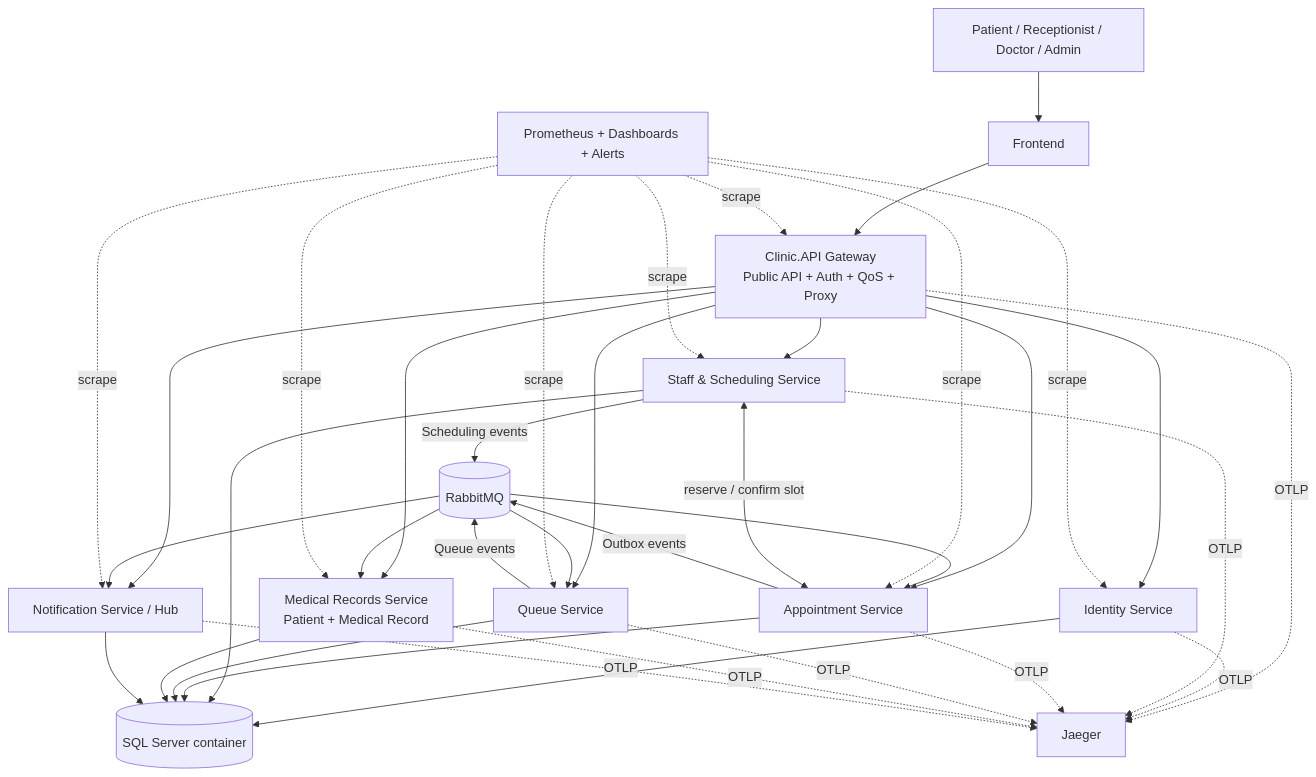
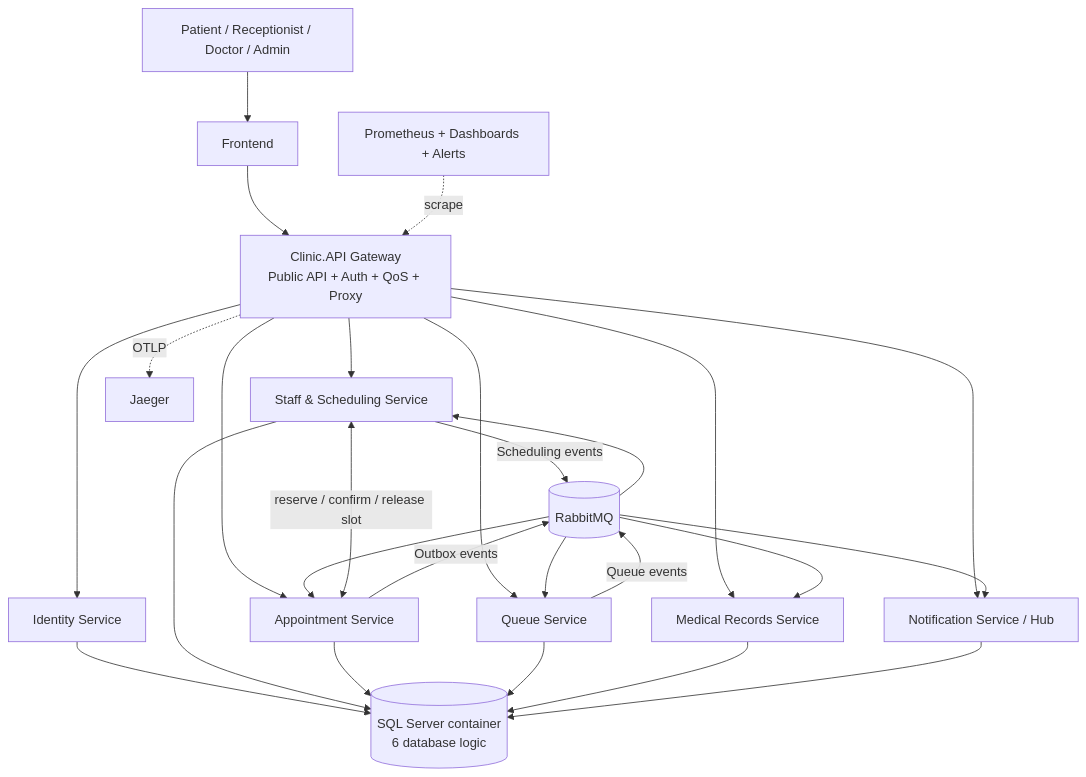
The third of 3 diagrams in docs/PROJECT_REPORT.md (Cuong190105/Clinic_Appointment_Booking_Queue_Management_System), drawn with Mermaid before and after one commit. The commit also changed other lines of this file and 15 other files, not shown here.

````diff
--- a/docs/PROJECT_REPORT.md
+++ b/docs/PROJECT_REPORT.md
@@ -101,39 +101,28 @@
 ```mermaid
 flowchart TB
     Users[Patient / Receptionist / Doctor / Admin] --> FE[Frontend]
     FE --> GW[Clinic.API Gateway\nPublic API + Auth + QoS + Proxy]
     GW --> ID[Identity Service]
     GW --> SCH[Staff & Scheduling Service]
     GW --> AP[Appointment Service]
     GW --> Q[Queue Service]
-    GW --> MR[Medical Records Service\nPatient + Medical Record]
+    GW --> MR[Medical Records Service]
     GW --> N[Notification Service / Hub]
-    ID --> SQL[(SQL Server container)]
+    ID --> SQL[(SQL Server container\n6 database logic)]
     SCH --> SQL
     AP --> SQL
     Q --> SQL
     MR --> SQL
     N --> SQL
-    AP <--> |reserve / confirm slot| SCH
+    AP <--> |reserve / confirm / release slot| SCH
     AP -->|Outbox events| MQ[(RabbitMQ)]
     Q -->|Queue events| MQ
     SCH -->|Scheduling events| MQ
     MQ --> Q
     MQ --> MR
     MQ --> N
     MQ --> AP
+    MQ --> SCH
+    P[Prometheus + Dashboards + Alerts] -. scrape .-> GW
     GW -. OTLP .-> J[Jaeger]
-    ID -. OTLP .-> J
-    SCH -. OTLP .-> J
-    AP -. OTLP .-> J
-    Q -. OTLP .-> J
-    MR -. OTLP .-> J
-    N -. OTLP .-> J
-    P[Prometheus + Dashboards + Alerts] -. scrape .-> GW
-    P -. scrape .-> ID
-    P -. scrape .-> SCH
-    P -. scrape .-> AP
-    P -. scrape .-> Q
-    P -. scrape .-> MR
-    P -. scrape .-> N
 ```
````
